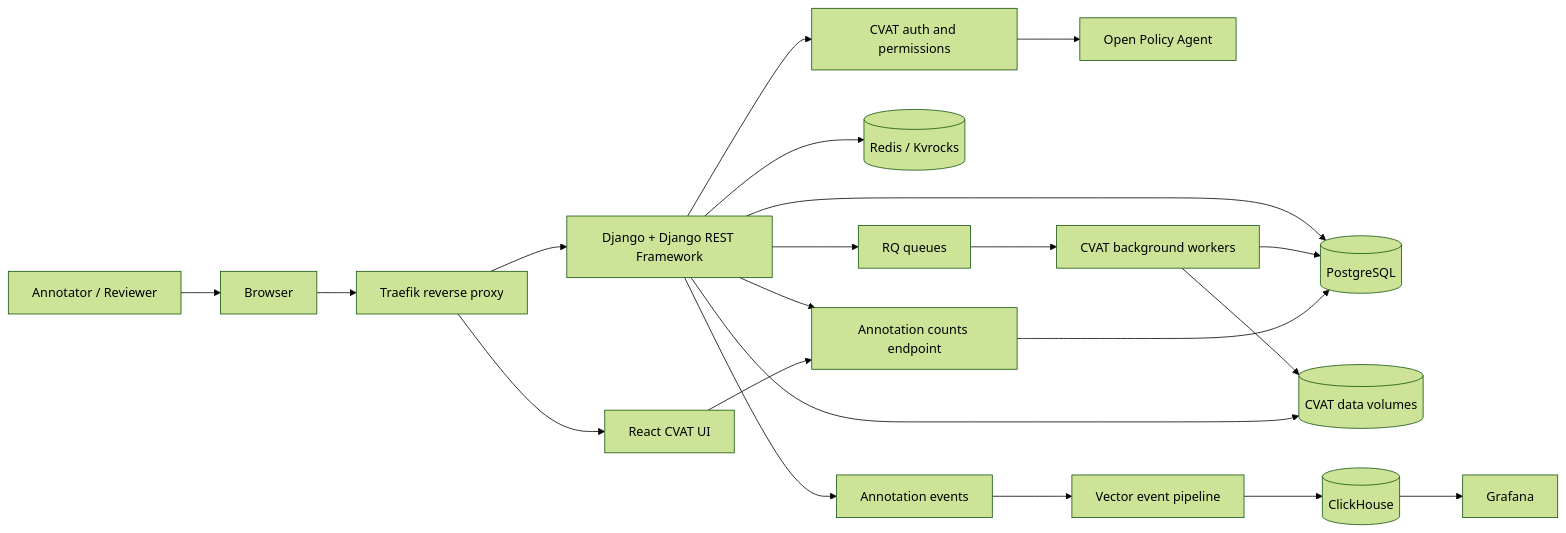
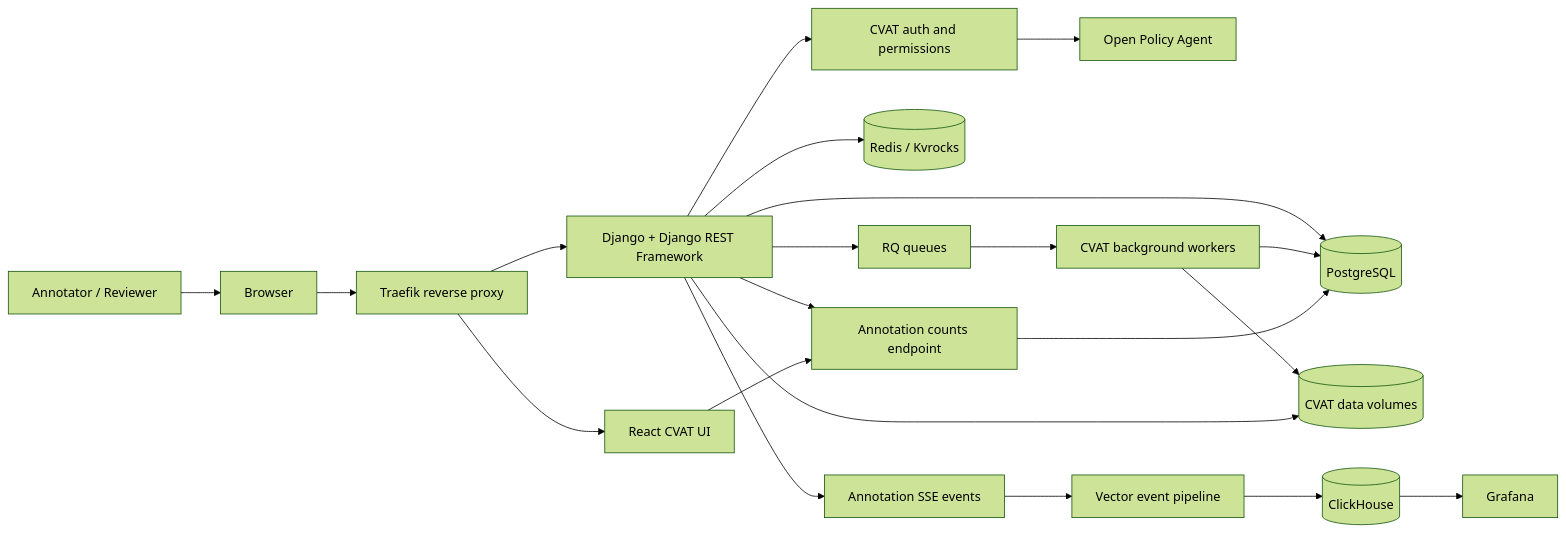
Before and after one commit to syed84/CVAT: the first of 3 diagrams in docs/Architecture.md, drawn with Mermaid (forest theme). The commit also changed other lines of this file and 1 other file, not shown here.

Commit message:
Align documentation with SSE live updates

````diff
--- a/docs/Architecture.md
+++ b/docs/Architecture.md
@@ -16,41 +16,41 @@
 ```mermaid
 flowchart LR
     User[Annotator / Reviewer]
     Browser[Browser]
     Proxy[Traefik reverse proxy]
     UI[React CVAT UI]
     API[Django + Django REST Framework]
     Auth[CVAT auth and permissions]
     OPA[Open Policy Agent]
     DB[(PostgreSQL)]
     Cache[(Redis / Kvrocks)]
     Queue[RQ queues]
     Workers[CVAT background workers]
     Files[(CVAT data volumes)]
-    Events[Annotation events]
+    Events[Annotation SSE events]
     CH[(ClickHouse)]
     Vector[Vector event pipeline]
     Grafana[Grafana]
 
     User --> Browser
     Browser --> Proxy
     Proxy --> UI
     Proxy --> API
     API --> Auth
     Auth --> OPA
     API --> DB
     API --> Cache
     API --> Queue
     Queue --> Workers
     Workers --> DB
     Workers --> Files
     API --> Files
     API --> Events
     Events --> Vector
     Vector --> CH
     CH --> Grafana
 
     API --> Analytics[Annotation counts endpoint]
     Analytics --> DB
     UI --> Analytics
 ```
````
